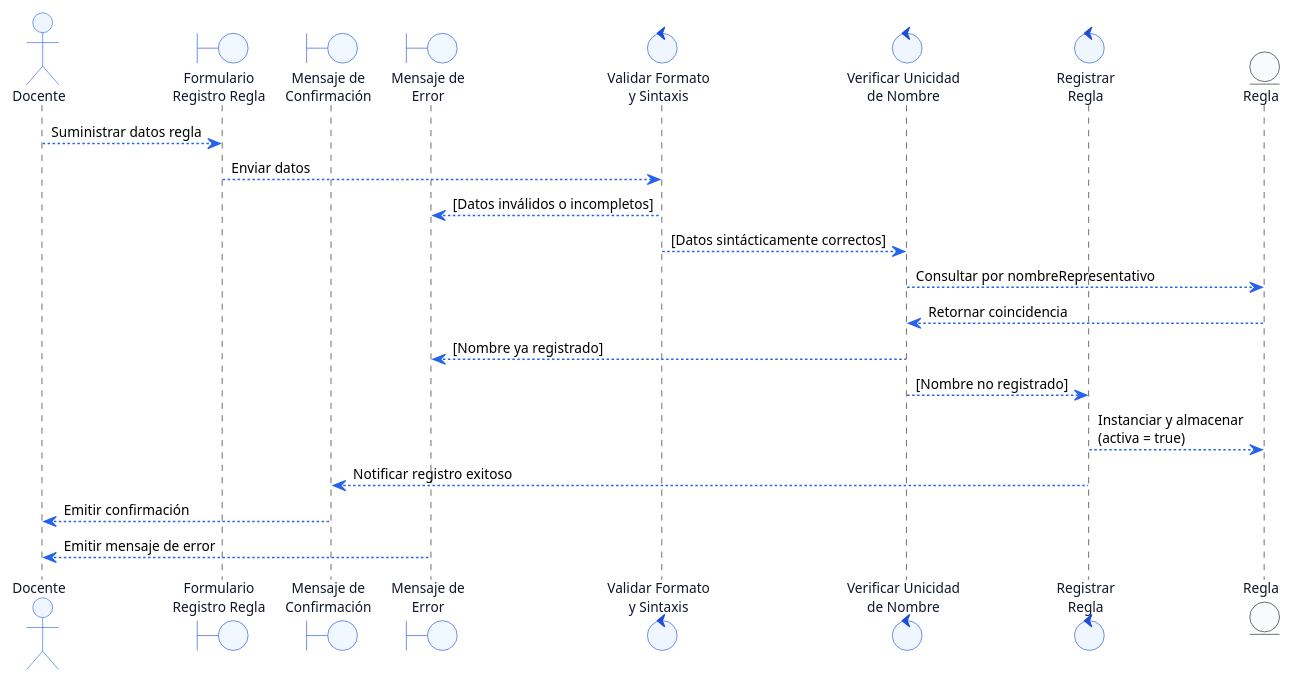
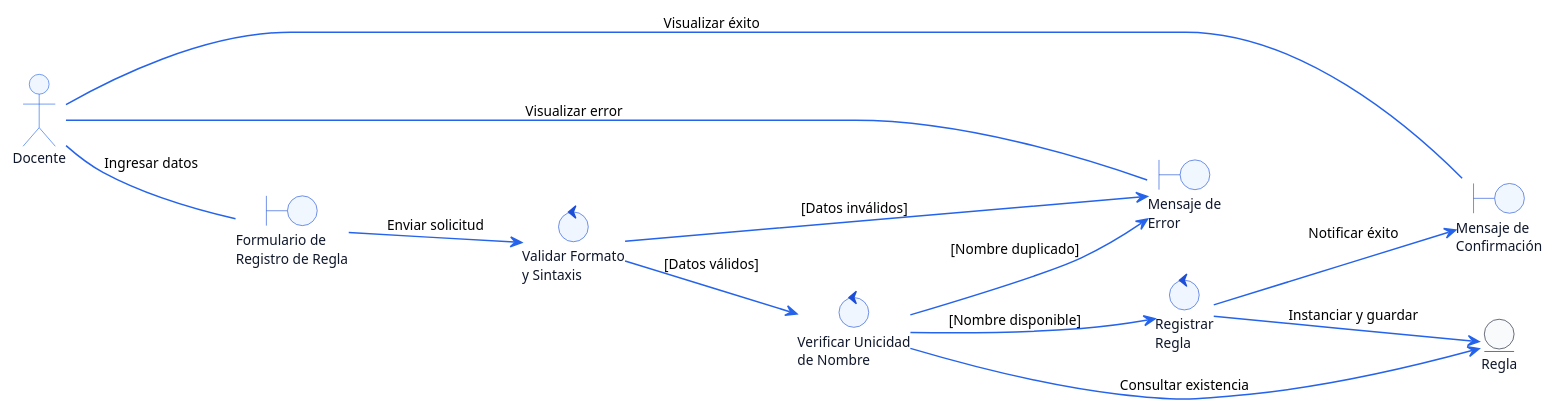
The diagram in docs/incremento1/robustnessDiagrams/cu01-registrarReglaEvaluacionTecnica.puml (ErickBaja05/GR4_1BT3_622_26B), drawn with PlantUML before and after one commit. The commit also changed 4 other files, not shown here.

```diff
--- a/docs/incremento1/robustnessDiagrams/cu01-registrarReglaEvaluacionTecnica.puml
+++ b/docs/incremento1/robustnessDiagrams/cu01-registrarReglaEvaluacionTecnica.puml
@@ -1,75 +1,82 @@
 @startuml
+' Forzar orientación horizontal y motor de grafo (elimina las líneas de vida de secuencia)
+left to right direction
+
 skinparam defaultFontName "Segoe UI"
 skinparam defaultFontSize 11
 skinparam roundCorner 10
 skinparam shadowing false
 
 ' ========================================================
-' ESTILOS VISUALES
+' ESTILOS VISUALES BCE
 ' ========================================================
 skinparam actor {
     BackgroundColor #EFF6FF
     BorderColor #2563EB
     FontColor #0F172A
 }
 
 skinparam boundary {
     BackgroundColor #F0F7FF
     BorderColor #1D4ED8
     FontColor #0F172A
 }
 
 skinparam control {
     BackgroundColor #EFF6FF
     BorderColor #1D4ED8
     FontColor #0F172A
 }
 
 skinparam entity {
     BackgroundColor #F8FAFC
     BorderColor #0F172A
     FontColor #0F172A
 }
 
 skinparam arrow {
     Color #2563EB
     Thickness 1.2
 }
 
 ' ========================================================
-' ELEMENTOS DEL MODELO DE ROBUSTEZ
+' ELEMENTOS DEL MODELO DE ANÁLISIS
 ' ========================================================
 actor "Docente" as actorDocente
 
-boundary "Formulario\nRegistro Regla" as bForm
+boundary "Formulario de\nRegistro de Regla" as bForm
 boundary "Mensaje de\nConfirmación" as bExito
 boundary "Mensaje de\nError" as bError
 
 control "Validar Formato\ny Sintaxis" as cValidar
 control "Verificar Unicidad\nde Nombre" as cVerificar
 control "Registrar\nRegla" as cRegistrar
 
 entity "Regla" as eRegla
 
 ' ========================================================
-' CONEXIONES Y FLUJO DE DATOS
+' INTERACCIÓN ACTOR - FRONTERA (LÍMITES)
 ' ========================================================
-actorDocente --> bForm : Suministrar datos regla
+actorDocente -- bForm : Ingresar datos
+bExito -- actorDocente : Visualizar éxito
+bError -- actorDocente : Visualizar error
 
-bForm --> cValidar : Enviar datos
+' ========================================================
+' FLUJO DE CONTROL Y LÓGICA DE NEGOCIO
+' ========================================================
+bForm --> cValidar : Enviar solicitud
 
-cValidar --> bError : [Datos inválidos o incompletos]
-cValidar --> cVerificar : [Datos sintácticamente correctos]
+' Bifurcación 1: Validación sintáctica
+cValidar --> bError : [Datos inválidos]
+cValidar --> cVerificar : [Datos válidos]
 
-cVerificar --> eRegla : Consultar por nombreRepresentativo
-eRegla --> cVerificar : Retornar coincidencia
-cVerificar --> bError : [Nombre ya registrado]
-cVerificar --> cRegistrar : [Nombre no registrado]
+' Bifurcación 2: Verificación de unicidad con la Entidad
+cVerificar --> eRegla : Consultar existencia
+cVerificar --> bError : [Nombre duplicado]
+cVerificar --> cRegistrar : [Nombre disponible]
 
-cRegistrar --> eRegla : Instanciar y almacenar\n(activa = true)
-cRegistrar --> bExito : Notificar registro exitoso
-
-bExito --> actorDocente : Emitir confirmación
-bError --> actorDocente : Emitir mensaje de error
+' Persistencia y Notificación final
+cRegistrar --> eRegla : Instanciar y guardar
+cRegistrar --> bExito : Notificar éxito
 
 @enduml
```
